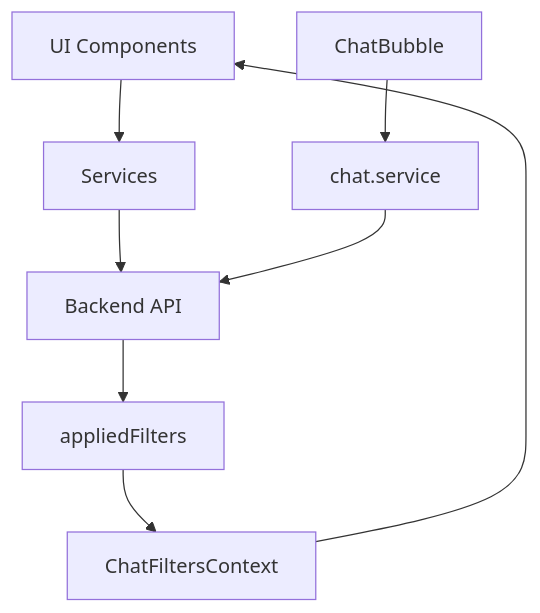
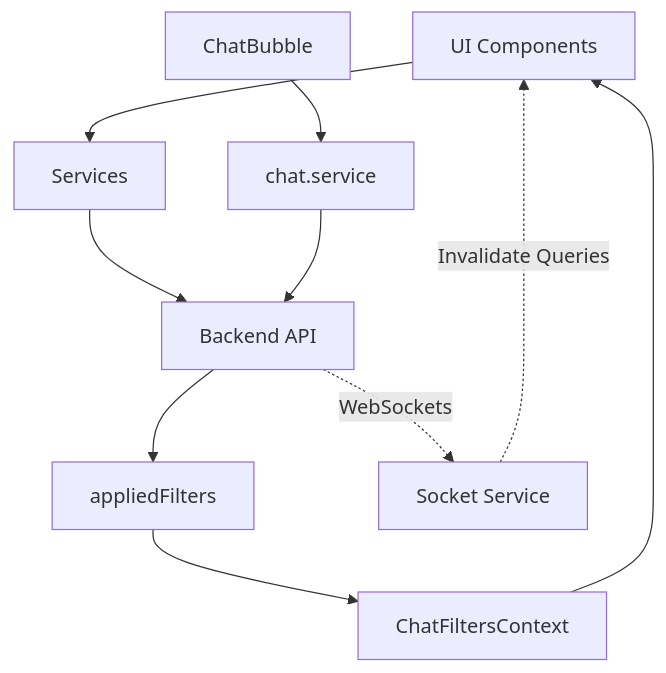
Before and after one commit to JackDev21/incident-dashboard: the diagram in incident-dashboard/README.md, drawn with Mermaid. The commit also changed other lines of this file and 2 other files, not shown here.

Commit message:
docs: update READMEs with new features (Zod, Socket.io, Helmet, Rate Limiting, Create Incident via Chat)

````diff
--- a/incident-dashboard/README.md
+++ b/incident-dashboard/README.md
@@ -72,10 +74,12 @@
 ```mermaid
 graph TD
   A[UI Components] --> B[Services]
   B --> C[Backend API]
   D[ChatBubble] --> E[chat.service]
   E --> C
   C --> F[appliedFilters]
   F --> G[ChatFiltersContext]
   G --> A
+  C -.->|WebSockets| H[Socket Service]
+  H -.->|Invalidate Queries| A
 ```
````
